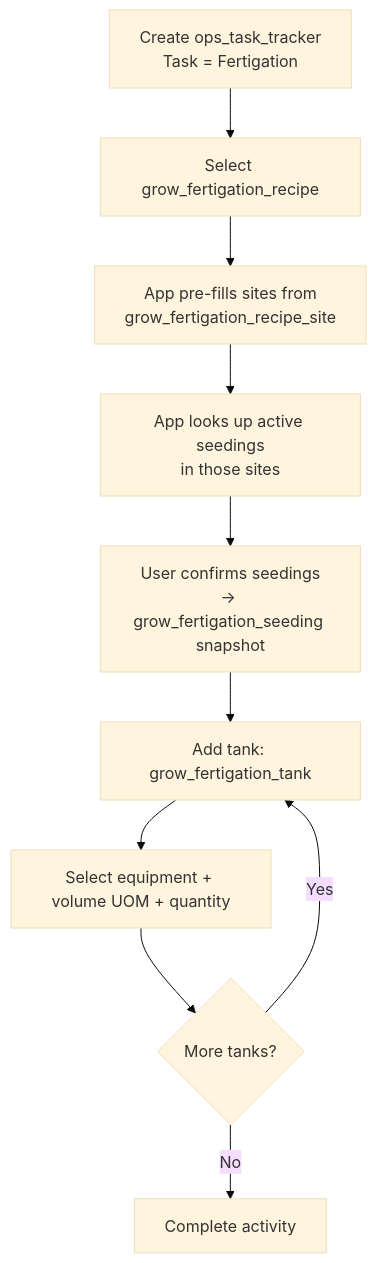
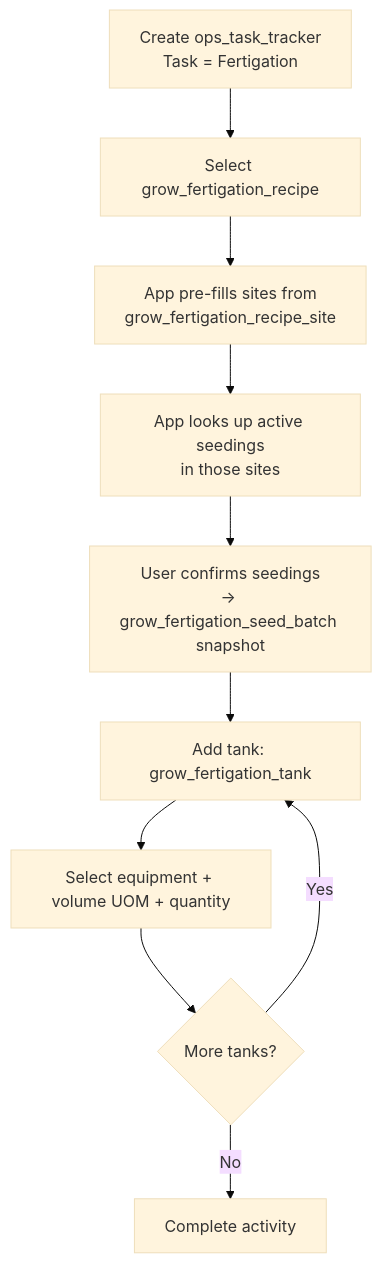
Before and after one commit to Hawaii-Farming/aloha-app: the diagram in docs/processes/20260324_07_grow_fertigation_workflow.md, drawn with Mermaid (base theme). The commit also changed other lines of this file and 12 other files, not shown here.

````diff
--- a/docs/processes/20260324_07_grow_fertigation_workflow.md
+++ b/docs/processes/20260324_07_grow_fertigation_workflow.md
@@ -98,12 +98,12 @@
 ```mermaid
 flowchart TD
     A[Create ops_task_tracker\nTask = Fertigation] --> B[Select grow_fertigation_recipe]
     B --> C[App pre-fills sites from\ngrow_fertigation_recipe_site]
     C --> D[App looks up active seedings\nin those sites]
-    D --> E[User confirms seedings\n→ grow_fertigation_seeding snapshot]
+    D --> E[User confirms seedings\n→ grow_fertigation_seed_batch snapshot]
     E --> F[Add tank: grow_fertigation_tank]
     F --> F1[Select equipment + volume UOM + quantity]
     F1 --> F2{More tanks?}
     F2 -->|Yes| F
     F2 -->|No| G[Complete activity]
 ```
````
